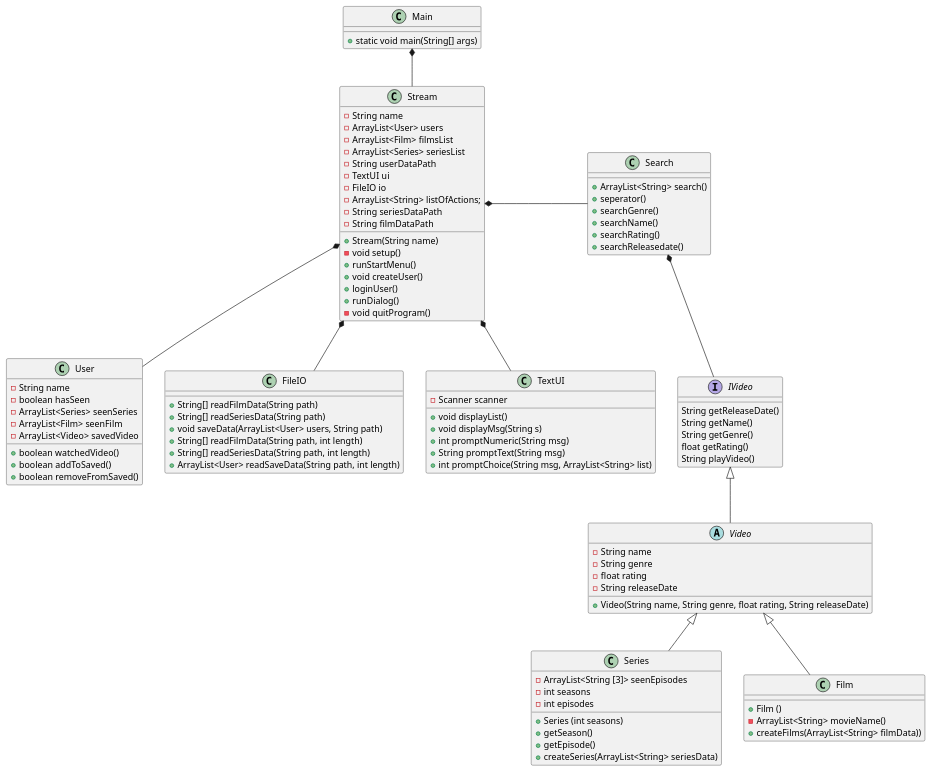
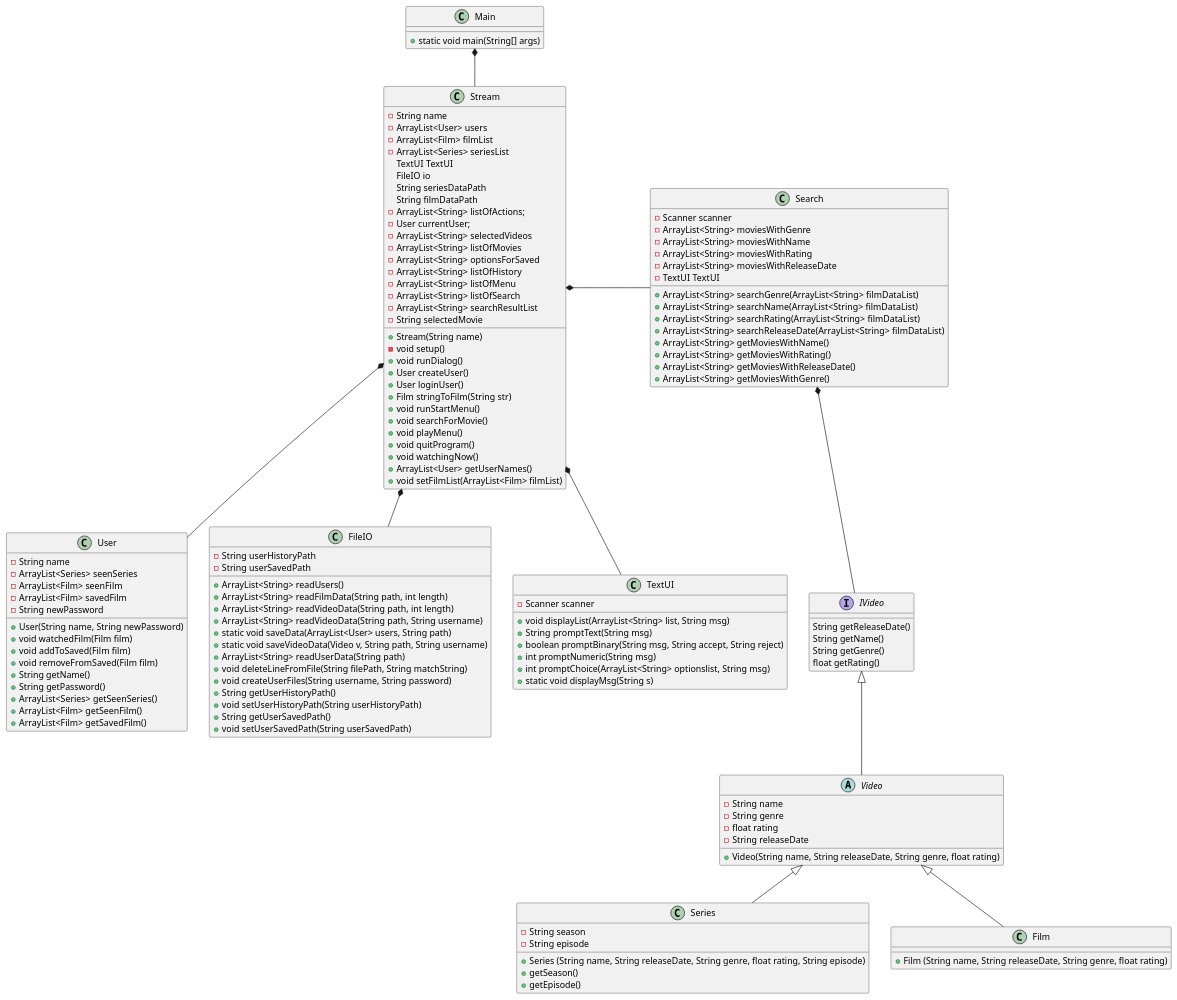
The diagram in doc/Plan/static/classdiagram.puml (Gervig/SP3-Gruppe-C), drawn with PlantUML before and after one commit. The commit also changed 5 other files, not shown here.

Commit message:
Småændringer fra ting der bliver fjernet Klassediagram hardcoded genre som så vises

```diff
--- a/doc/Plan/static/classdiagram.puml
+++ b/doc/Plan/static/classdiagram.puml
@@ -1,128 +1,156 @@
 @startuml
 'https://plantuml.com/class-diagram
 
 class Main{
 + static void main(String[] args)
 }
 
 class Stream{
 - String name
 'utilities
 - ArrayList<User> users
-- ArrayList<Film> filmsList
+- ArrayList<Film> filmList
 - ArrayList<Series> seriesList
-- String userDataPath
-- TextUI ui
-- FileIO io
+ TextUI TextUI
+ FileIO io
+ String seriesDataPath
+ String filmDataPath
 - ArrayList<String> listOfActions;
-- String seriesDataPath
-- String filmDataPath
+- User currentUser;
+- ArrayList<String> selectedVideos
+- ArrayList<String> listOfMovies
+- ArrayList<String> optionsForSaved
+- ArrayList<String> listOfHistory
+- ArrayList<String> listOfMenu
+- ArrayList<String> listOfSearch
+- ArrayList<String> searchResultList
+- String selectedMovie
 'constructor
 + Stream(String name)
 'methods
 - void setup()
 ' setup er til er at læse data
-+ runStartMenu()
-+ void createUser()
-' skal createUser være void? Det er den i matador
-' createUser skal vel checke om der er andre med det brugernavn
-+ loginUser()
-' skal loginUser være void?
-' den skal vel checke om der er en user med det username og tjekke om loginnet er korrekt
-+ runDialog()
-' i runDialog kan man vælge at søge
-- void quitProgram()
++ void runDialog()
+' i runDialog kan man vælge at logge ind eller sign up
++ User createUser()
+' createUser tjekker om der er andre med det brugernavn, når man laver en ny bruger
++ User loginUser()
++ Film stringToFilm(String str)
+'laver strings om til film-objekter
++ void runStartMenu()
++ void searchForMovie()
++ void playMenu()
++ void quitProgram()
++ void watchingNow()
++ ArrayList<User> getUserNames()
++ void setFilmList(ArrayList<Film> filmList)
 }
 
 
 class User{
 - String name
-- boolean hasSeen
 - ArrayList<Series> seenSeries
 - ArrayList<Film> seenFilm
-- ArrayList<Video> savedVideo
-+ boolean watchedVideo()
-+ boolean addToSaved()
-+ boolean removeFromSaved()
+- ArrayList<Film> savedFilm
+- String newPassword
++ User(String name, String newPassword)
++ void watchedFilm(Film film)
++ void addToSaved(Film film)
++ void removeFromSaved(Film film)
++ String getName()
++ String getPassword()
++ ArrayList<Series> getSeenSeries()
++ ArrayList<Film> getSeenFilm()
++ ArrayList<Film> getSavedFilm()
 }
 
 class FileIO{
-+ String[] readFilmData(String path)
-+ String[] readSeriesData(String path)
-+ void saveData(ArrayList<User> users, String path)
-+ String[] readFilmData(String path, int length)
-+ String[] readSeriesData(String path, int length)
-+ ArrayList<User> readSaveData(String path, int length)
+- String userHistoryPath
+- String userSavedPath
++ ArrayList<String> readUsers()
++ ArrayList<String> readFilmData(String path, int length)
++ ArrayList<String> readVideoData(String path, int length)
++ ArrayList<String> readVideoData(String path, String username)
++ static void saveData(ArrayList<User> users, String path)
++ static void saveVideoData(Video v, String path, String username)
++ ArrayList<String> readUserData(String path)
++ void deleteLineFromFile(String filePath, String matchString)
++ void createUserFiles(String username, String password)
++ String getUserHistoryPath()
++ void setUserHistoryPath(String userHistoryPath)
++ String getUserSavedPath()
++ void setUserSavedPath(String userSavedPath)
 }
 
 class TextUI{
 - Scanner scanner
-+ void displayList()
-+ void displayMsg(String s)
++ void displayList(ArrayList<String> list, String msg)
++ String promptText(String msg)
++ boolean promptBinary(String msg, String accept, String reject)
 + int promptNumeric(String msg)
-+ String promptText(String msg)
-+ int promptChoice(String msg, ArrayList<String> list)
++ int promptChoice(ArrayList<String> optionslist, String msg)
++ static void displayMsg(String s)
 }
 
 interface IVideo {
 String getReleaseDate()
 String getName()
 String getGenre()
 float getRating()
-String playVideo()
 }
 
 abstract Class Video{
 - String name
 - String genre
 - float rating
 - String releaseDate
 'constructor
-+ Video(String name, String genre, float rating, String releaseDate)
++ Video(String name, String releaseDate, String genre, float rating)
 }
 
 class Series{
-'brug evt. et map
-- ArrayList<String [3]> seenEpisodes
-- int seasons
-- int episodes
-+ Series (int seasons)
+- String season
+- String episode
++ Series (String name, String releaseDate, String genre, float rating, String episode)
 + getSeason()
 + getEpisode()
-+ createSeries(ArrayList<String> seriesData)
 }
 
 class Film {
 'constructor
-+ Film ()
-- ArrayList<String> movieName()
-+ createFilms(ArrayList<String> filmData))
++ Film (String name, String releaseDate, String genre, float rating)
 }
 
 
 class Search{
-+ ArrayList<String> search()
-+ seperator()
-'methods til de forskellige søgemuligheder
-' Skal disse returnere objekterne fra video?
-+ searchGenre()
-+ searchName()
-+ searchRating()
-+ searchReleasedate()
-'skal vi have funktioner der kun søger blandt serier og film adskilt?
+- Scanner scanner
+- ArrayList<String> moviesWithGenre
+- ArrayList<String> moviesWithName
+- ArrayList<String> moviesWithRating
+- ArrayList<String> moviesWithReleaseDate
+- TextUI TextUI
++ ArrayList<String> searchGenre(ArrayList<String> filmDataList)
++ ArrayList<String> searchName(ArrayList<String> filmDataList)
++ ArrayList<String> searchRating(ArrayList<String> filmDataList)
++ ArrayList<String> searchReleaseDate(ArrayList<String> filmDataList)
++ ArrayList<String> getMoviesWithName()
++ ArrayList<String> getMoviesWithRating()
++ ArrayList<String> getMoviesWithReleaseDate()
++ ArrayList<String> getMoviesWithGenre()
+
 }
 
 IVideo <|-- Video
 
 Video <|-- Series
 Video <|-- Film
 
 Main *-- Stream
 
 Stream *-- User
 Stream *-- FileIO
 Stream *-- TextUI
 Search *-- IVideo
 Stream *- Search
 
 @enduml
```
